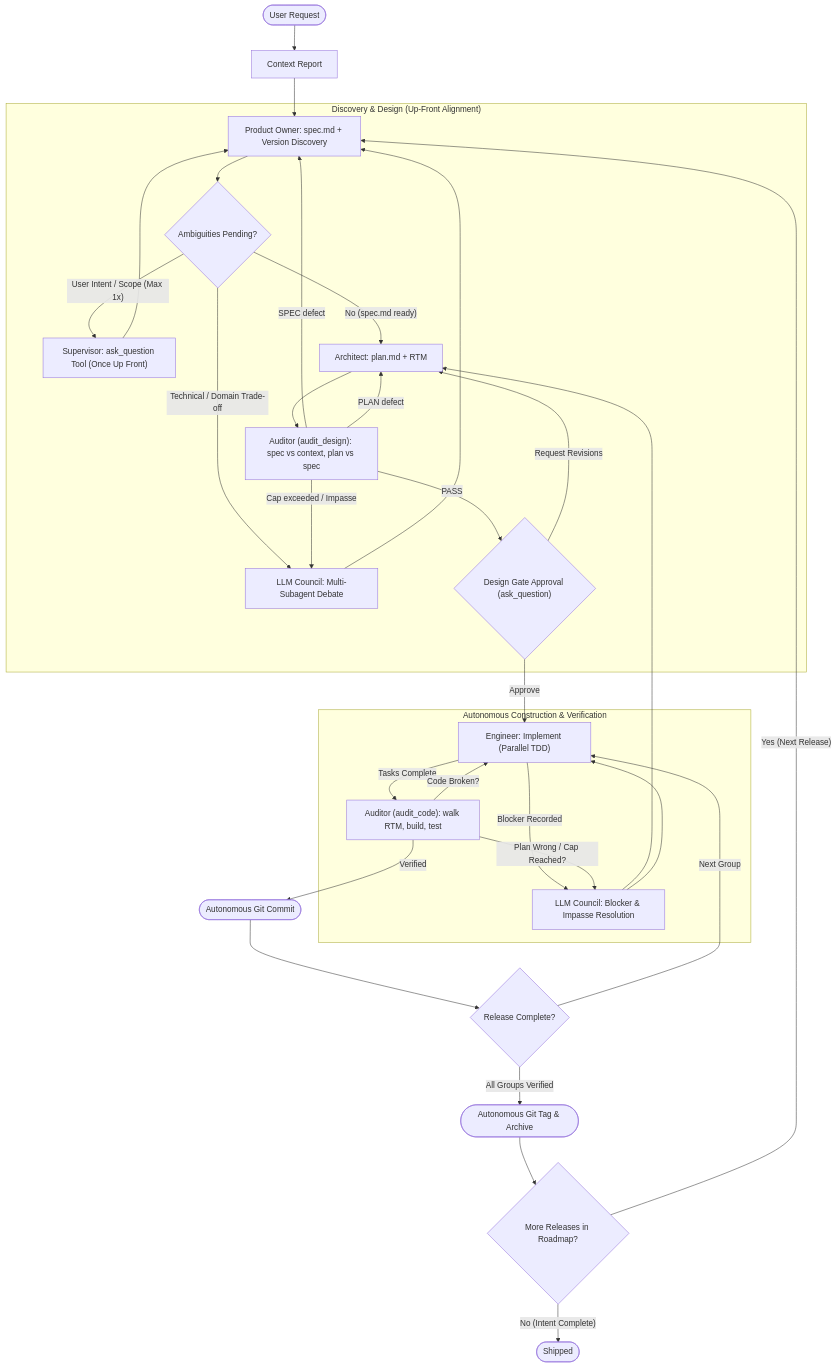
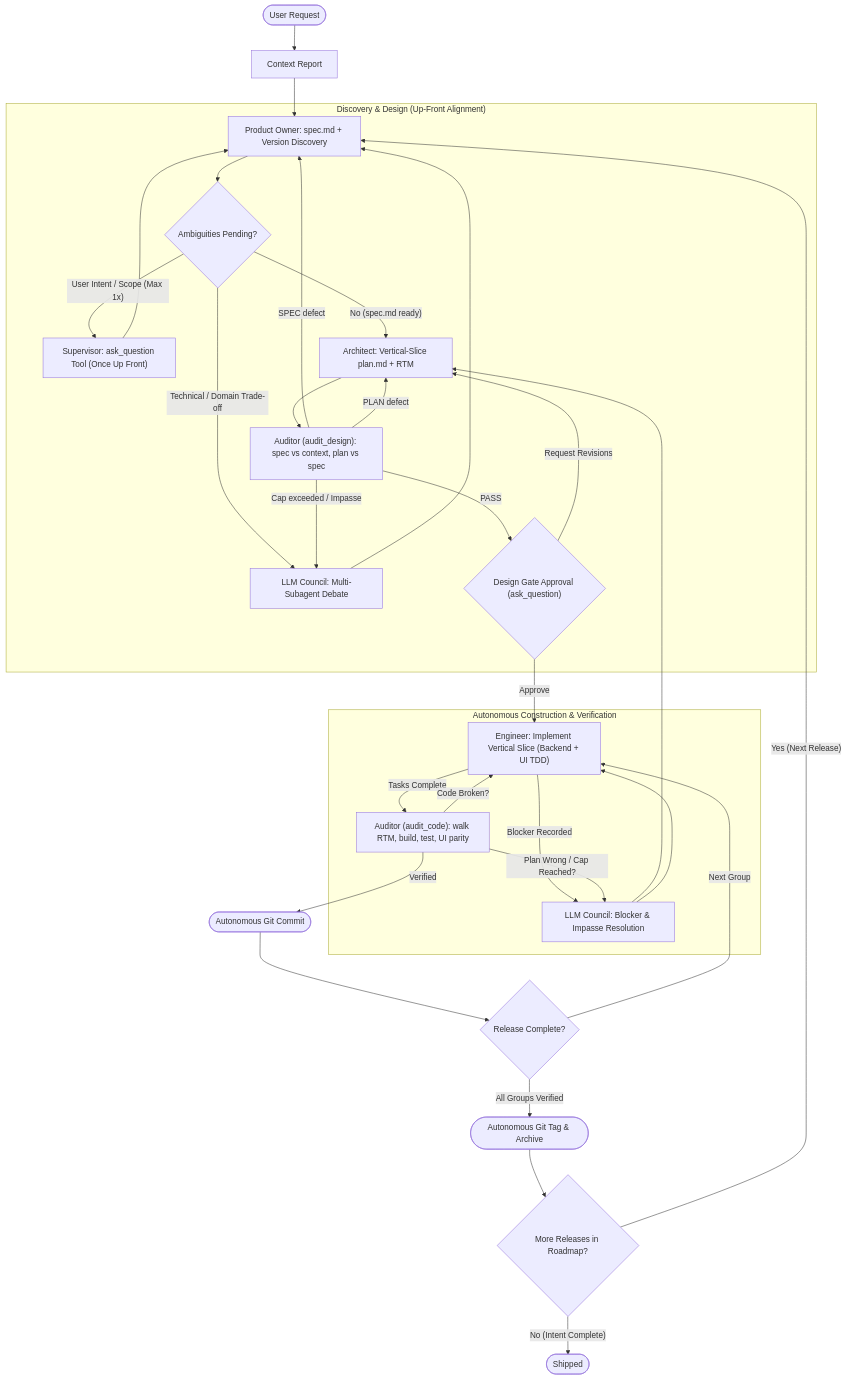
Before and after one commit to jjdelorme/plan-commands: the diagram in skills/swarm/SKILL.md, drawn with Mermaid. The commit also changed other lines of this file and 4 other files, not shown here.

First line of the commit message:
feat(swarm): enforce full-stack vertical slicing, clean-room OKF parity, and TDD seams

````diff
--- a/skills/swarm/SKILL.md
+++ b/skills/swarm/SKILL.md
@@ -19,54 +19,54 @@
 ```mermaid
 graph TD
     subgraph "Discovery & Design (Up-Front Alignment)"
         PO["Product Owner: spec.md + Version Discovery"]
         Questions{"Ambiguities Pending?"}
         AskUser["Supervisor: ask_question Tool (Once Up Front)"]
         Council1["LLM Council: Multi-Subagent Debate"]
-        Architect["Architect: plan.md + RTM"]
+        Architect["Architect: Vertical-Slice plan.md + RTM"]
         DesignAudit["Auditor (audit_design): spec vs context, plan vs spec"]
         DesignGate{"Design Gate Approval (ask_question)"}
     end
 
     subgraph "Autonomous Construction & Verification"
-        Engineer["Engineer: Implement (Parallel TDD)"]
+        Engineer["Engineer: Implement Vertical Slice (Backend + UI TDD)"]
         Council2["LLM Council: Blocker & Impasse Resolution"]
-        CodeAudit["Auditor (audit_code): walk RTM, build, test"]
+        CodeAudit["Auditor (audit_code): walk RTM, build, test, UI parity"]
     end
 
     Start(["User Request"]) --> Research["Context Report"]
     Research --> PO
     PO --> Questions
     Questions -- "User Intent / Scope (Max 1x)" --> AskUser
     AskUser --> PO
     Questions -- "Technical / Domain Trade-off" --> Council1
     Council1 --> PO
     Questions -- "No (spec.md ready)" --> Architect
     Architect --> DesignAudit
 
     %% Design Audit Fork (cap: 2 returns before Council)
     DesignAudit -- "SPEC defect" --> PO
     DesignAudit -- "PLAN defect" --> Architect
     DesignAudit -- "Cap exceeded / Impasse" --> Council1
     DesignAudit -- "PASS" --> DesignGate
 
     DesignGate -- "Request Revisions" --> Architect
     DesignGate -- "Approve" --> Engineer
 
     Engineer -- "Blocker Recorded" --> Council2
     Council2 --> Architect
     Council2 --> Engineer
     Engineer -- "Tasks Complete" --> CodeAudit
 
     %% Code Audit Three-Way Fork
     CodeAudit -- "Code Broken?" --> Engineer
     CodeAudit -- "Plan Wrong / Cap Reached?" --> Council2
     CodeAudit -- "Verified" --> Commit(["Autonomous Git Commit"])
 
     Commit --> CheckRelease{"Release Complete?"}
     CheckRelease -- "Next Group" --> Engineer
     CheckRelease -- "All Groups Verified" --> Tag(["Autonomous Git Tag & Archive"])
     Tag --> NextRelease{"More Releases in Roadmap?"}
     NextRelease -- "Yes (Next Release)" --> PO
     NextRelease -- "No (Intent Complete)" --> Done(["Shipped"])
 ```
````
